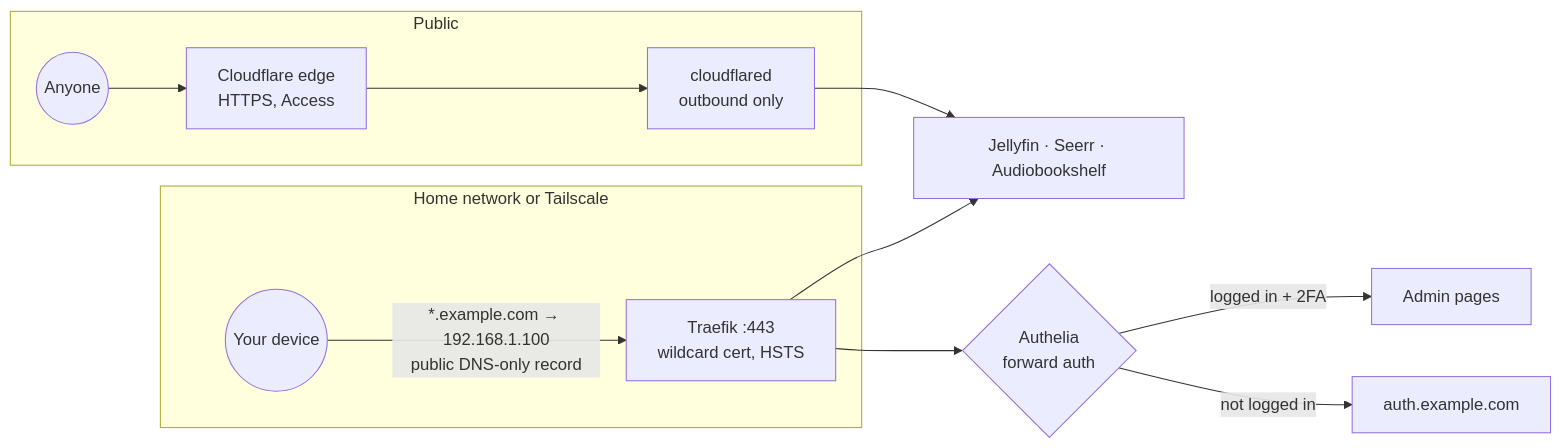
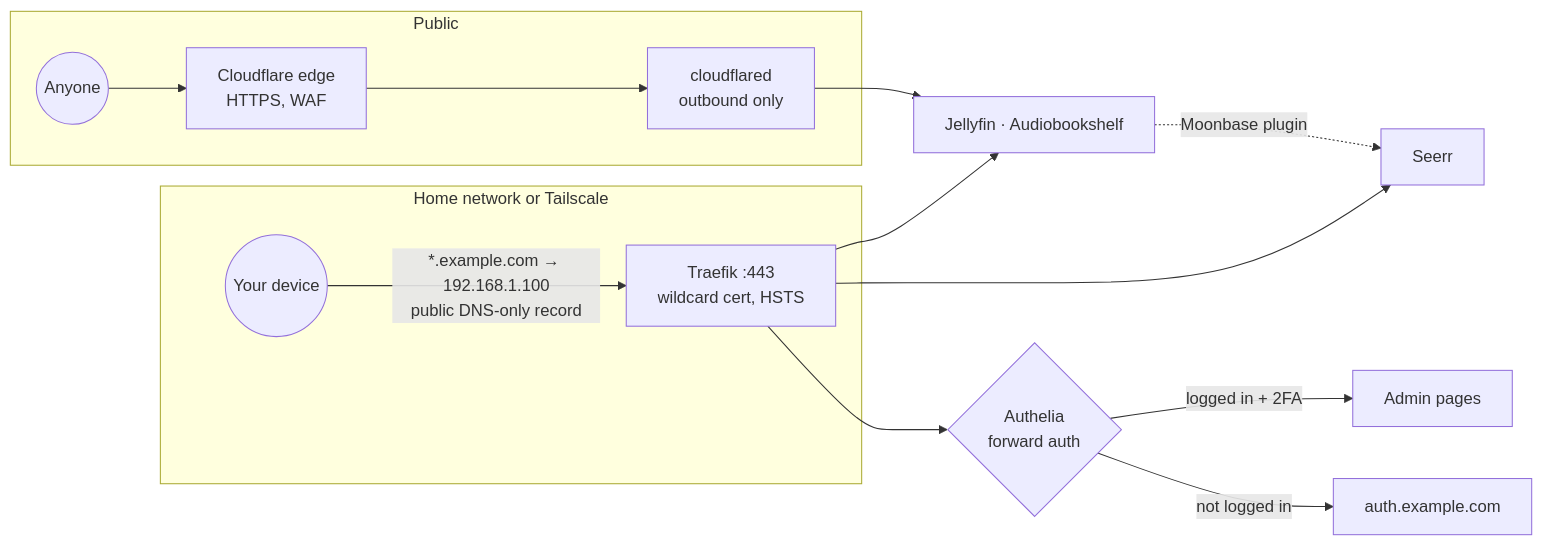
The second of 3 diagrams in docs/architecture.md (Reid-Norman/HomeLab), drawn with Mermaid before and after one commit. The commit also changed other lines of this file and 14 other files, not shown here.

````diff
--- a/docs/architecture.md
+++ b/docs/architecture.md
@@ -43,15 +43,17 @@
 ```mermaid
 flowchart LR
     subgraph public [Public]
-        user((Anyone)) --> cf[Cloudflare edge<br/>HTTPS, Access]
+        user((Anyone)) --> cf[Cloudflare edge<br/>HTTPS, WAF]
         cf --> tunnel[cloudflared<br/>outbound only]
     end
     subgraph home [Home network or Tailscale]
         dev((Your device)) -->|"*.example.com → 192.168.1.100<br/>public DNS-only record"| traefik
     end
-    tunnel --> apps["Jellyfin · Seerr · Audiobookshelf"]
+    tunnel --> apps["Jellyfin · Audiobookshelf"]
+    apps -. "Moonbase plugin" .-> seerr[Seerr]
     traefik[Traefik :443<br/>wildcard cert, HSTS] --> apps
+    traefik --> seerr
     traefik --> fa{Authelia<br/>forward auth}
     fa -->|logged in + 2FA| admin[Admin pages]
     fa -->|not logged in| login[auth.example.com]
 ```
````
